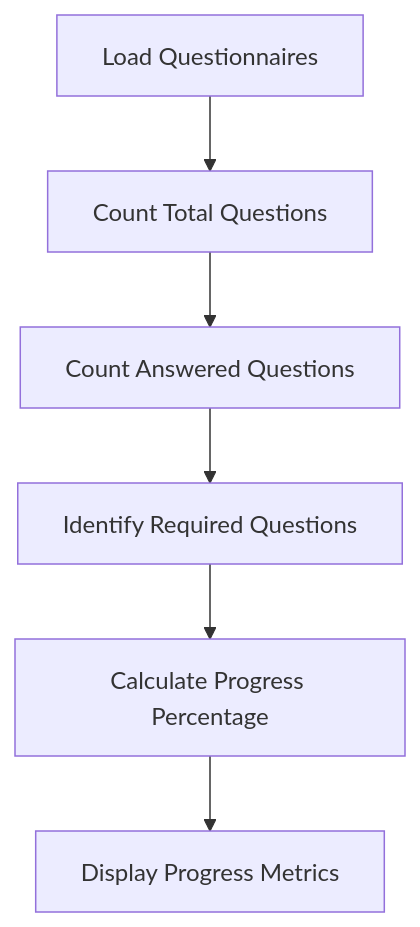
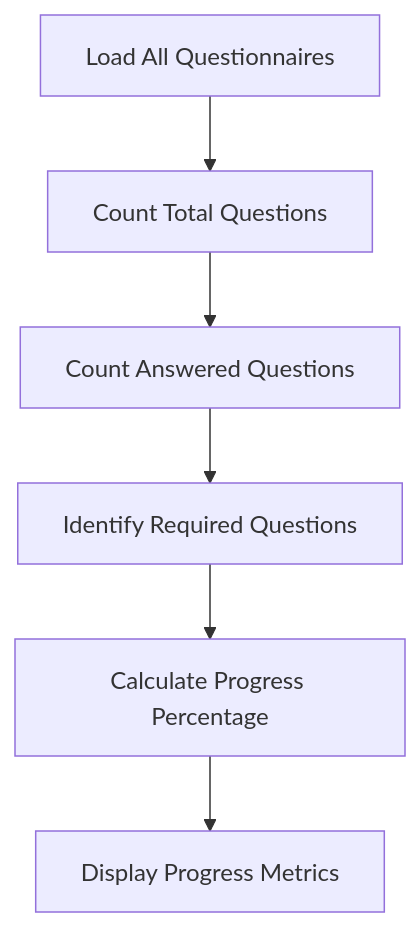
Before and after one commit to rudicatsmile/assesment360: the seventh of 8 diagrams in .qoder/repowiki/en/content/Core Features/Evaluation Workflows/Questionnaire Filling Interface.md, drawn with Mermaid. The commit also changed other lines of this file and 15 other files, not shown here.

````diff
--- a/.qoder/repowiki/en/content/Core Features/Evaluation Workflows/Questionnaire Filling Interface.md
+++ b/.qoder/repowiki/en/content/Core Features/Evaluation Workflows/Questionnaire Filling Interface.md
@@ -387,8 +377,8 @@
 ```mermaid
 flowchart TD
-Load["Load Questionnaires"] --> Count["Count Total Questions"]
+Load["Load All Questionnaires"] --> Count["Count Total Questions"]
 Count --> Answered["Count Answered Questions"]
 Answered --> Required["Identify Required Questions"]
 Required --> Calculate["Calculate Progress Percentage"]
 Calculate --> Display["Display Progress Metrics"]
 ```
````
